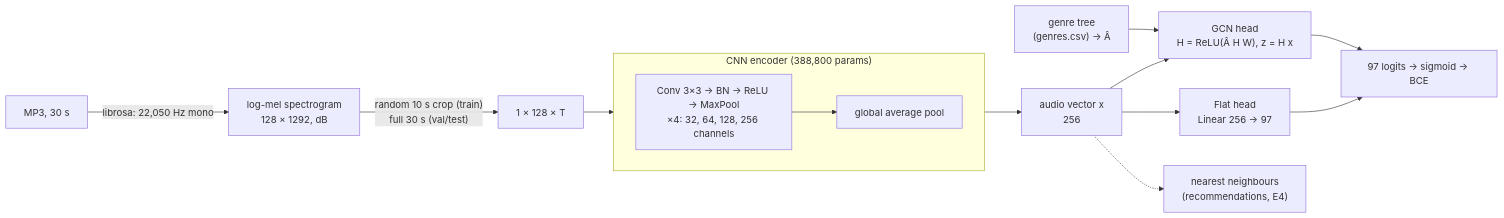
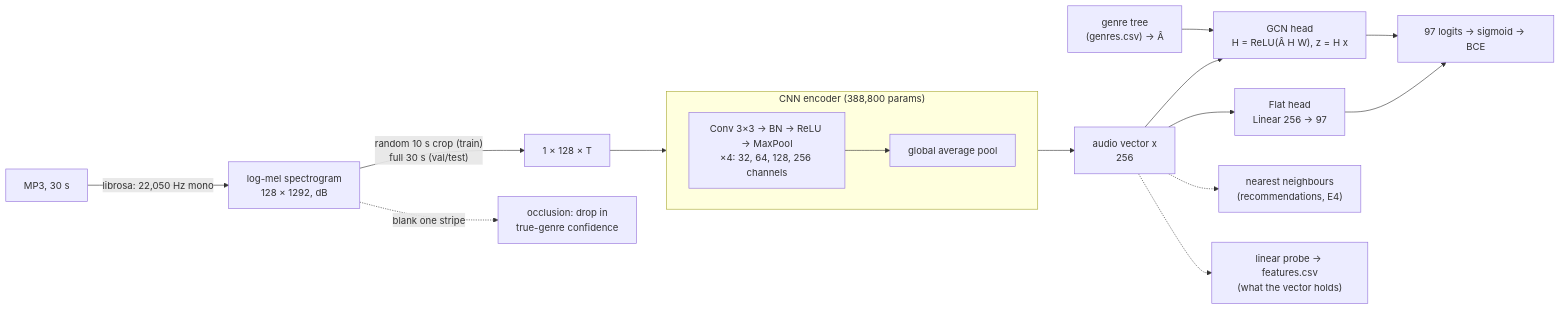
Before and after one commit to mediabymadelyn/tiny-timbre: the diagram in README.md, drawn with Mermaid. The commit also changed other lines of this file and 12 other files, not shown here.

Commit message:
Interpretability results: occlusion and probe figures, README section

````diff
--- a/README.md
+++ b/README.md
@@ -33,17 +33,19 @@
 ```mermaid
 flowchart LR
     A["MP3, 30 s"] -->|"librosa: 22,050 Hz mono"| B["log-mel spectrogram<br/>128 × 1292, dB"]
     B -->|"random 10 s crop (train)<br/>full 30 s (val/test)"| C["1 × 128 × T"]
     subgraph Encoder["CNN encoder (388,800 params)"]
         direction LR
         E1["Conv 3×3 → BN → ReLU → MaxPool<br/>×4: 32, 64, 128, 256 channels"] --> E2["global average pool"]
     end
     C --> E1
     E2 --> X["audio vector x<br/>256"]
     X --> F["Flat head<br/>Linear 256 → 97"]
     X --> G["GCN head<br/>H = ReLU(Â H W), z = H x"]
     T["genre tree<br/>(genres.csv) → Â"] --> G
     F --> Z["97 logits → sigmoid → BCE"]
     G --> Z
     X -.-> R["nearest neighbours<br/>(recommendations, E4)"]
+    X -.-> P["linear probe → features.csv<br/>(what the vector holds)"]
+    B -.->|"blank one stripe"| O["occlusion: drop in<br/>true-genre confidence"]
 ```
````
